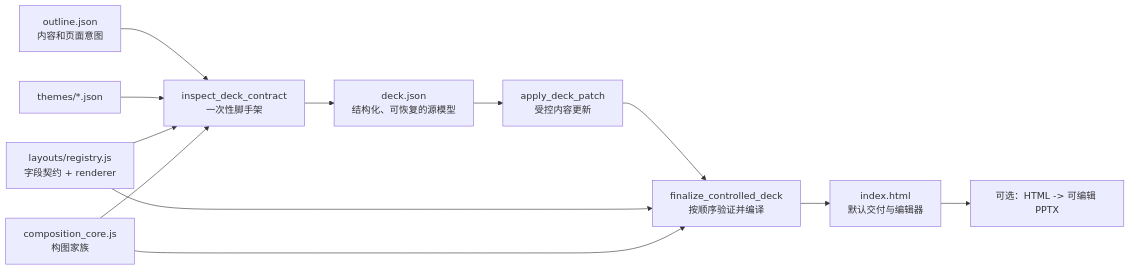
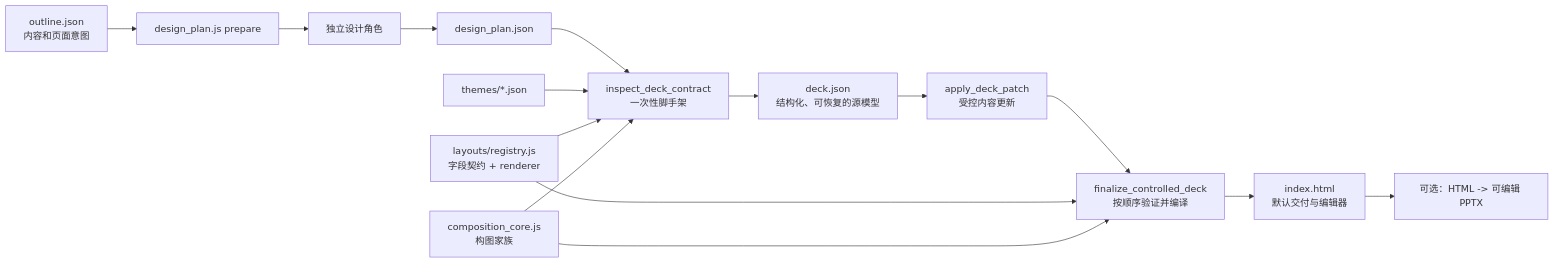
One commit to KRISACHAN/Box-Agent changed the diagram in docs/PPTX_CONTROLLED_HTML_DEVELOPMENT_CN.md. Above: the diagram before and after it, drawn with Mermaid. The commit also changed other lines of this file and 53 other files, not shown here.

````diff
--- a/docs/PPTX_CONTROLLED_HTML_DEVELOPMENT_CN.md
+++ b/docs/PPTX_CONTROLLED_HTML_DEVELOPMENT_CN.md
@@ -12,15 +21,18 @@
 ```mermaid
 flowchart LR
-    A["outline.json\n内容和页面意图"] --> B["inspect_deck_contract\n一次性脚手架"]
+    A["outline.json\n内容和页面意图"] --> PREP["design_plan.js prepare"]
+    PREP --> ROLE["独立设计角色"]
+    ROLE --> PLAN["design_plan.json"]
+    PLAN --> B["inspect_deck_contract\n一次性脚手架"]
     B --> C["deck.json\n结构化、可恢复的源模型"]
     C --> D["apply_deck_patch\n受控内容更新"]
     D --> E["finalize_controlled_deck\n按顺序验证并编译"]
     E --> F["index.html\n默认交付与编辑器"]
     F --> G["可选：HTML -> 可编辑 PPTX"]
 
     H["themes/*.json"] --> B
     I["layouts/registry.js\n字段契约 + renderer"] --> B
     I --> E
     J["composition_core.js\n构图家族"] --> B
     J --> E
 ```
````
